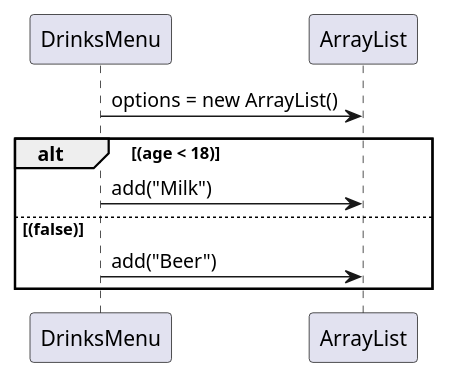
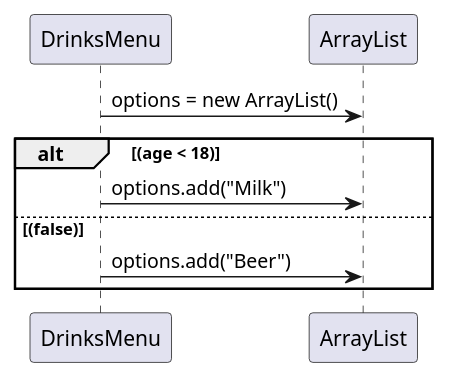
Before and after one commit to Eligoon/DrinksMenu: the diagram in doc/ComposeMenu.puml, drawn with PlantUML. The commit also changed 2 other files, not shown here.

```diff
--- a/doc/ComposeMenu.puml
+++ b/doc/ComposeMenu.puml
@@ -1,15 +1,15 @@
 @startuml
 'https://plantuml.com/sequence-diagram
 
 
 'Create a list for composing an age appropriate menu
 DrinksMenu -> ArrayList:options = new ArrayList()
 
 alt (age < 18)
 'DrinksMenu giver options til ArrayList som skriver "Milk" på plads 0
-DrinksMenu -> ArrayList:add("Milk")
+DrinksMenu -> ArrayList:options.add("Milk")
 else (false)
-DrinksMenu -> ArrayList:add("Beer")
+DrinksMenu -> ArrayList:options.add("Beer")
 end
 
 @enduml
```
